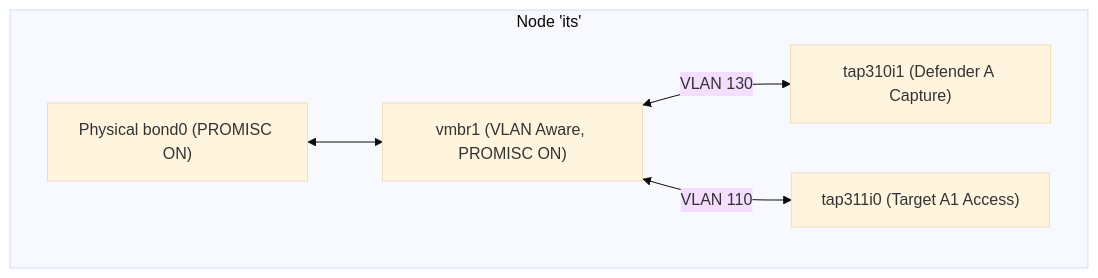
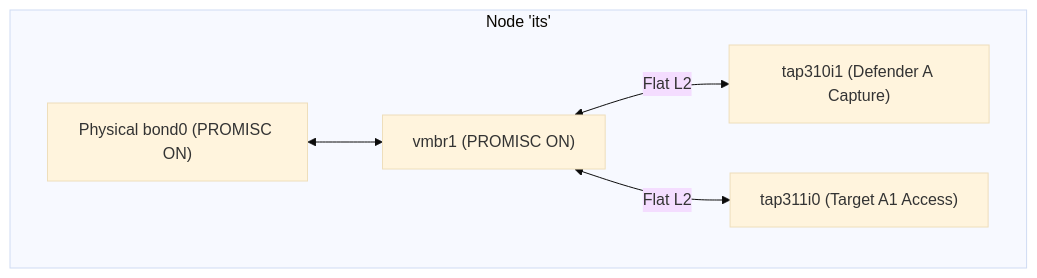
Before and after one commit to rhaffle87/fl-cl: the third of 4 diagrams in docs/04_deployment_walkthrough.md, drawn with Mermaid (base theme). The commit also changed other lines of this file and 22 other files, not shown here.

````diff
--- a/docs/04_deployment_walkthrough.md
+++ b/docs/04_deployment_walkthrough.md
@@ -119,8 +119,8 @@
 ```mermaid
 graph TD
     subgraph node_its ["Node 'its'"]
-        bond0["Physical bond0 (PROMISC ON)"] <--> vmbr1["vmbr1 (VLAN Aware, PROMISC ON)"]
-        vmbr1 <-->|VLAN 130| tap310i1["tap310i1 (Defender A Capture)"]
-        vmbr1 <-->|VLAN 110| tap311i0["tap311i0 (Target A1 Access)"]
+        bond0["Physical bond0 (PROMISC ON)"] <--> vmbr1["vmbr1 (PROMISC ON)"]
+        vmbr1 <-->|Flat L2| tap310i1["tap310i1 (Defender A Capture)"]
+        vmbr1 <-->|Flat L2| tap311i0["tap311i0 (Target A1 Access)"]
     end
 ```
````
